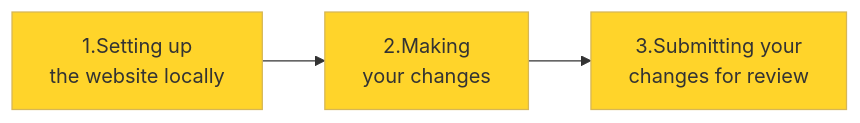
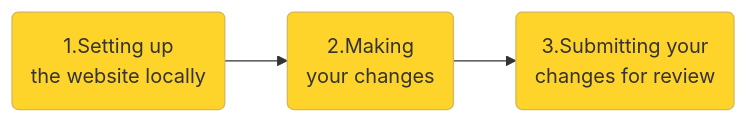
Before and after one commit to ORMIRcommunity/coding_guidelines: the diagram in docs_contributing.md, drawn with Mermaid. The commit also changed other lines of this file and 5 other files, not shown here.

````diff
--- a/docs_contributing.md
+++ b/docs_contributing.md
@@ -22,14 +22,14 @@
 ```mermaid
 flowchart LR
     direction LR
     
-    clone[1.Setting up<br>the website locally]
-    installJB[2.Making <br>your changes]
-    contribute[3.Submitting your<br>changes for review]
+    clone(1.Setting up<br>the website locally)
+    installJB(2.Making <br>your changes)
+    contribute(3.Submitting your<br>changes for review)
 
     clone --> installJB --> contribute
 
     
     classDef yellow fill:#ffd42aff,stroke:#d6b656,stroke-width:2px // yellow    
       class clone,installJB,contribute yellow
 ```
````
